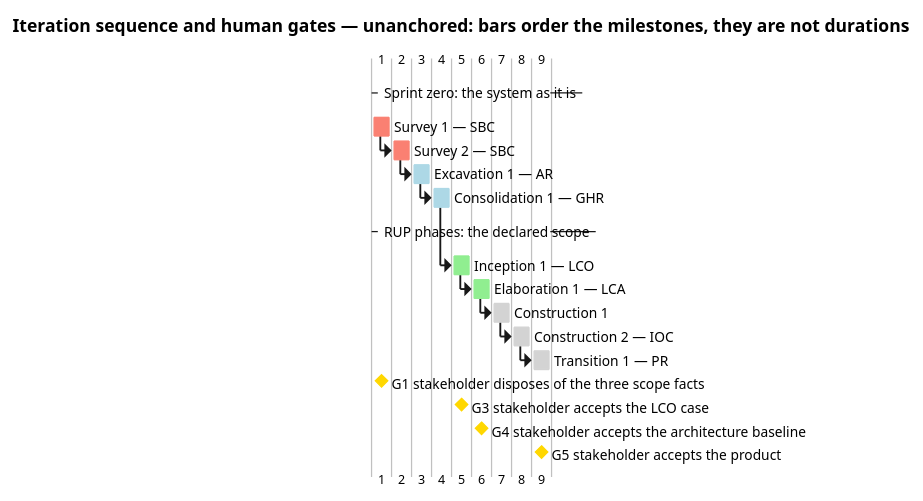
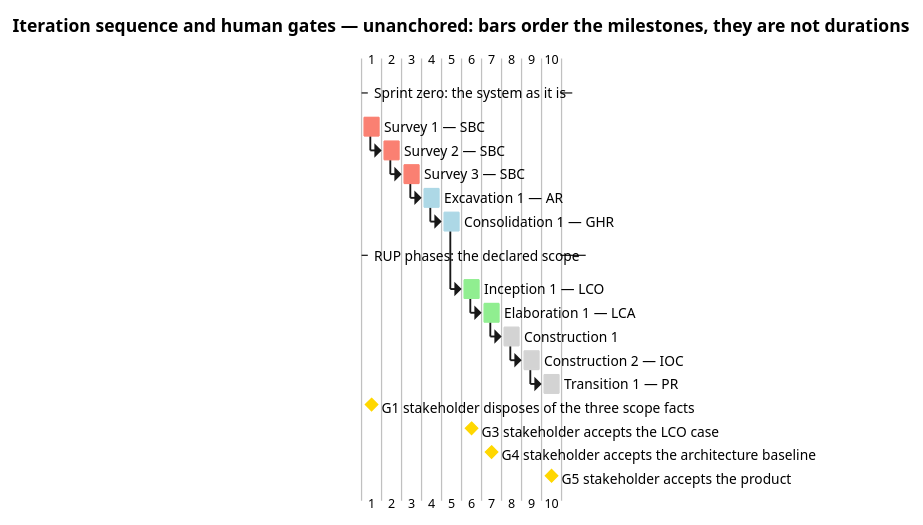
Before and after one commit to banense-test/TodoApp: the second of 4 diagrams in docs/artifacts/project-management/iteration-plan.md, drawn with PlantUML. The commit also changed other lines of this file, not shown here.

First line of the commit message:
Project Manager [Survey3]: upsert Iteration Plan

````diff
--- a/docs/artifacts/project-management/iteration-plan.md
+++ b/docs/artifacts/project-management/iteration-plan.md
@@ -91,57 +91,60 @@
 ```plantuml
 @startgantt
 title Iteration sequence and human gates — unanchored: bars order the milestones, they are not durations
 skinparam shadowing false
 
 -- Sprint zero: the system as it is --
 [Survey 1 — SBC] lasts 1 day
 [Survey 2 — SBC] lasts 1 day
+[Survey 3 — SBC] lasts 1 day
 [Excavation 1 — AR] lasts 1 day
 [Consolidation 1 — GHR] lasts 1 day
 
 -- RUP phases: the declared scope --
 [Inception 1 — LCO] lasts 1 day
 [Elaboration 1 — LCA] lasts 1 day
 [Construction 1] lasts 1 day
 [Construction 2 — IOC] lasts 1 day
 [Transition 1 — PR] lasts 1 day
 
 [Survey 2 — SBC] starts at [Survey 1 — SBC]'s end
-[Excavation 1 — AR] starts at [Survey 2 — SBC]'s end
+[Survey 3 — SBC] starts at [Survey 2 — SBC]'s end
+[Excavation 1 — AR] starts at [Survey 3 — SBC]'s end
 [Consolidation 1 — GHR] starts at [Excavation 1 — AR]'s end
 [Inception 1 — LCO] starts at [Consolidation 1 — GHR]'s end
 [Elaboration 1 — LCA] starts at [Inception 1 — LCO]'s end
 [Construction 1] starts at [Elaboration 1 — LCA]'s end
 [Construction 2 — IOC] starts at [Construction 1]'s end
 [Transition 1 — PR] starts at [Construction 2 — IOC]'s end
 
 [G1 stakeholder disposes of the three scope facts] happens at [Survey 1 — SBC]'s end
 [G3 stakeholder accepts the LCO case] happens at [Inception 1 — LCO]'s end
 [G4 stakeholder accepts the architecture baseline] happens at [Elaboration 1 — LCA]'s end
 [G5 stakeholder accepts the product] happens at [Transition 1 — PR]'s end
 
 [Survey 1 — SBC] is colored in Salmon
 [Survey 2 — SBC] is colored in Salmon
+[Survey 3 — SBC] is colored in Salmon
 [Excavation 1 — AR] is colored in LightBlue
 [Consolidation 1 — GHR] is colored in LightBlue
 [Inception 1 — LCO] is colored in LightGreen
 [Elaboration 1 — LCA] is colored in LightGreen
 [Construction 1] is colored in LightGray
 [Construction 2 — IOC] is colored in LightGray
 [Transition 1 — PR] is colored in LightGray
 [G1 stakeholder disposes of the three scope facts] is colored in Gold
 [G3 stakeholder accepts the LCO case] is colored in Gold
 [G4 stakeholder accepts the architecture baseline] is colored in Gold
 [G5 stakeholder accepts the product] is colored in Gold
 
 note bottom
   Every bar is the renderer's unit step, placed only to order the milestones:
   no iteration in this project has a measured elapsed time, so none is
   quoted and no bar is a duration. No project start date is given, because
   none has been measured. The four gold markers are human gates: queue time,
   not work — ceiling 14 days each (R026), estimate none, the actual reported
-  apart from agent time once the gate closes. The perimeter's confirmation
-  is not a gate of its own: it was obtained at the SBC gate of 2026-11-14.
+  apart from agent time once the gate closes. The perimeter's confirmation is
+  not a gate of its own: it was obtained at the SBC gate of 2026-11-14.
 end note
 @endgantt
 ```
````
